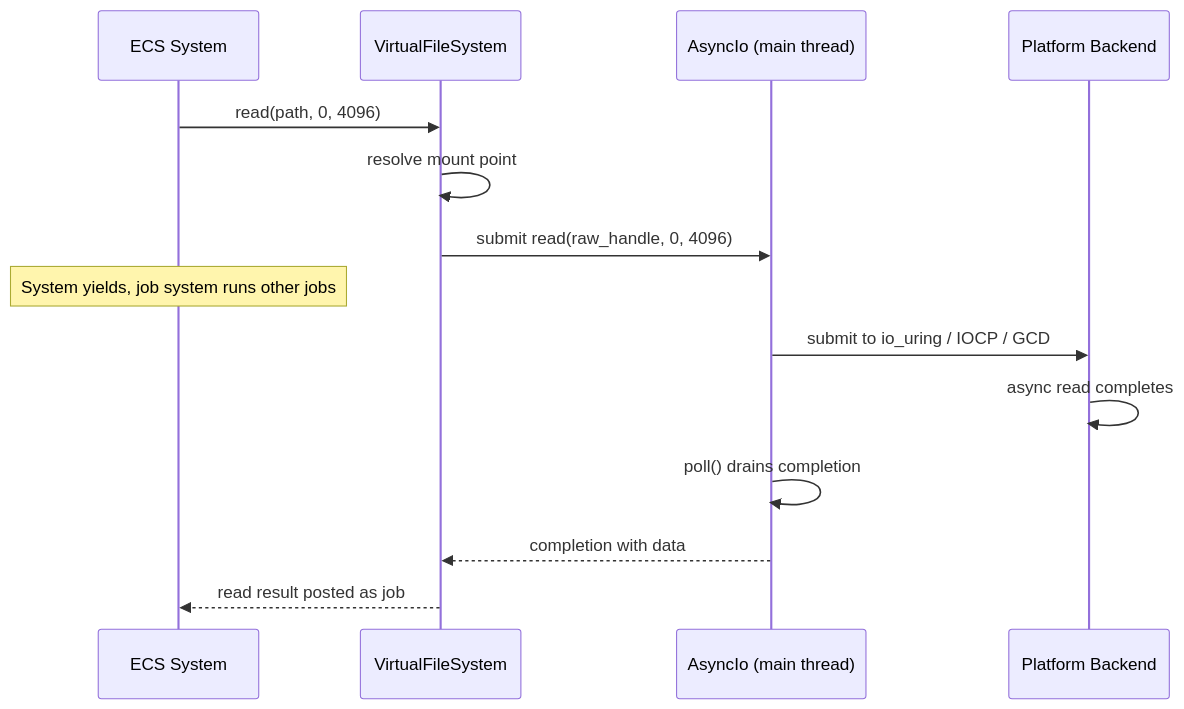
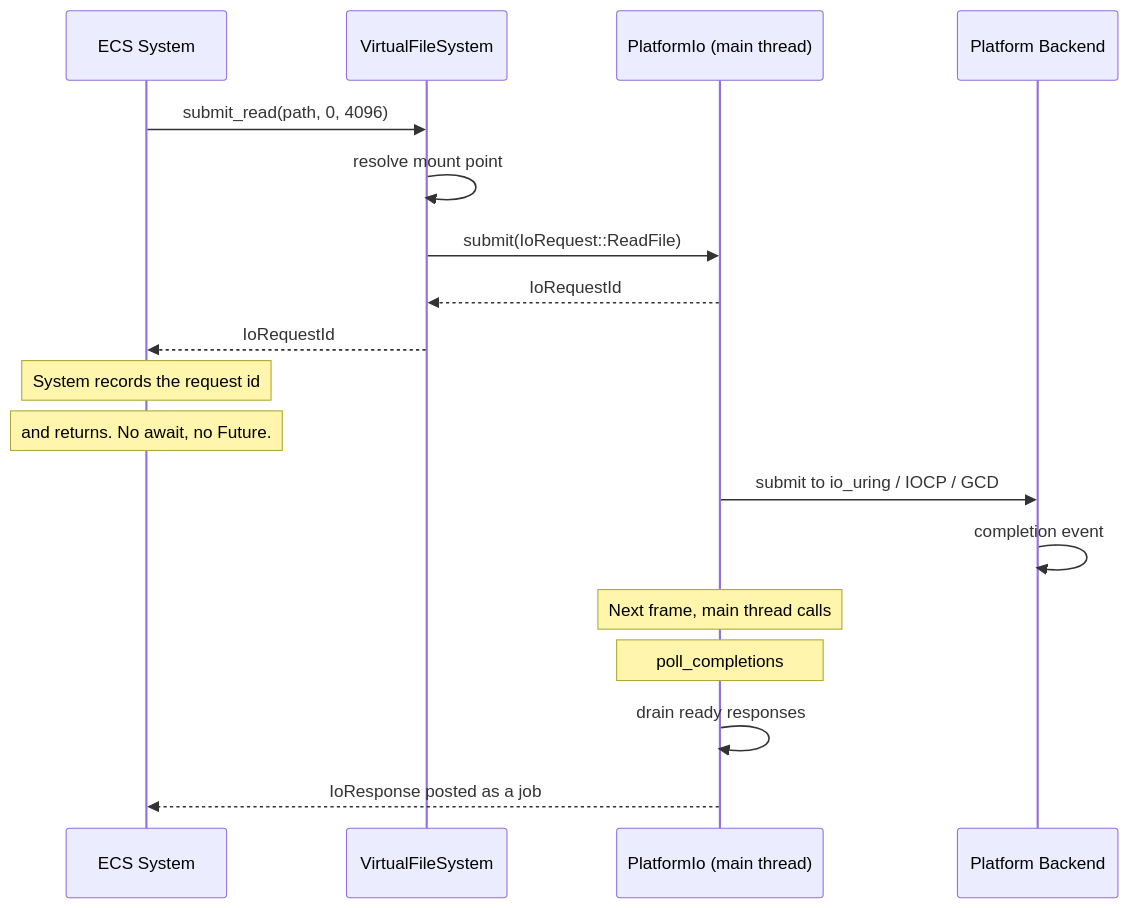
The seventh of 7 diagrams in docs/design/core-runtime/memory-async-io.md (harmonius-dev/harmonius), drawn with Mermaid before and after one commit. The commit also changed other lines of this file and 143 other files, not shown here.

````diff
--- a/docs/design/core-runtime/memory-async-io.md
+++ b/docs/design/core-runtime/memory-async-io.md
@@ -406,19 +387,23 @@
 ```mermaid
 sequenceDiagram
     participant S as ECS System
     participant VFS as VirtualFileSystem
-    participant AIO as AsyncIo (main thread)
+    participant PIO as PlatformIo (main thread)
     participant OS as Platform Backend
 
-    S->>VFS: read(path, 0, 4096)
+    S->>VFS: submit_read(path, 0, 4096)
     VFS->>VFS: resolve mount point
-    VFS->>AIO: submit read(raw_handle, 0, 4096)
+    VFS->>PIO: submit(IoRequest::ReadFile)
+    PIO-->>VFS: IoRequestId
+    VFS-->>S: IoRequestId
 
-    Note over S: System yields, job system runs other jobs
+    Note over S: System records the request id
+    Note over S: and returns. No await, no Future.
 
-    AIO->>OS: submit to io_uring / IOCP / GCD
-    OS->>OS: async read completes
-    AIO->>AIO: poll() drains completion
-    AIO-->>VFS: completion with data
-    VFS-->>S: read result posted as job
+    PIO->>OS: submit to io_uring / IOCP / GCD
+    OS->>OS: completion event
+    Note over PIO: Next frame, main thread calls
+    Note over PIO: poll_completions
+    PIO->>PIO: drain ready responses
+    PIO-->>S: IoResponse posted as a job
 ```
````
